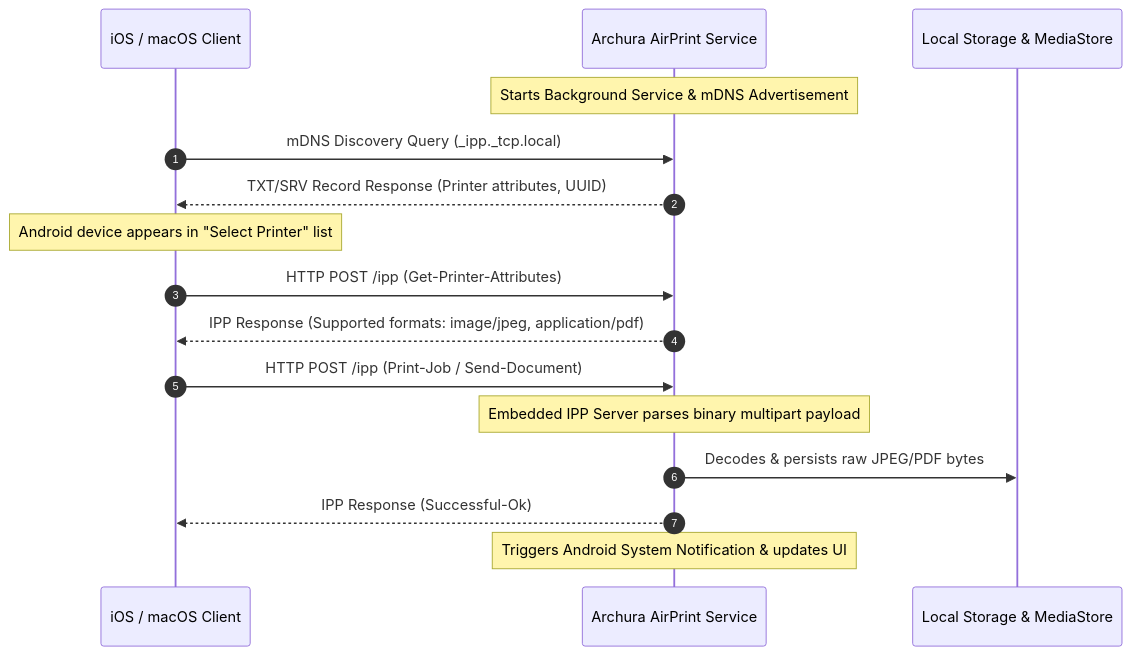
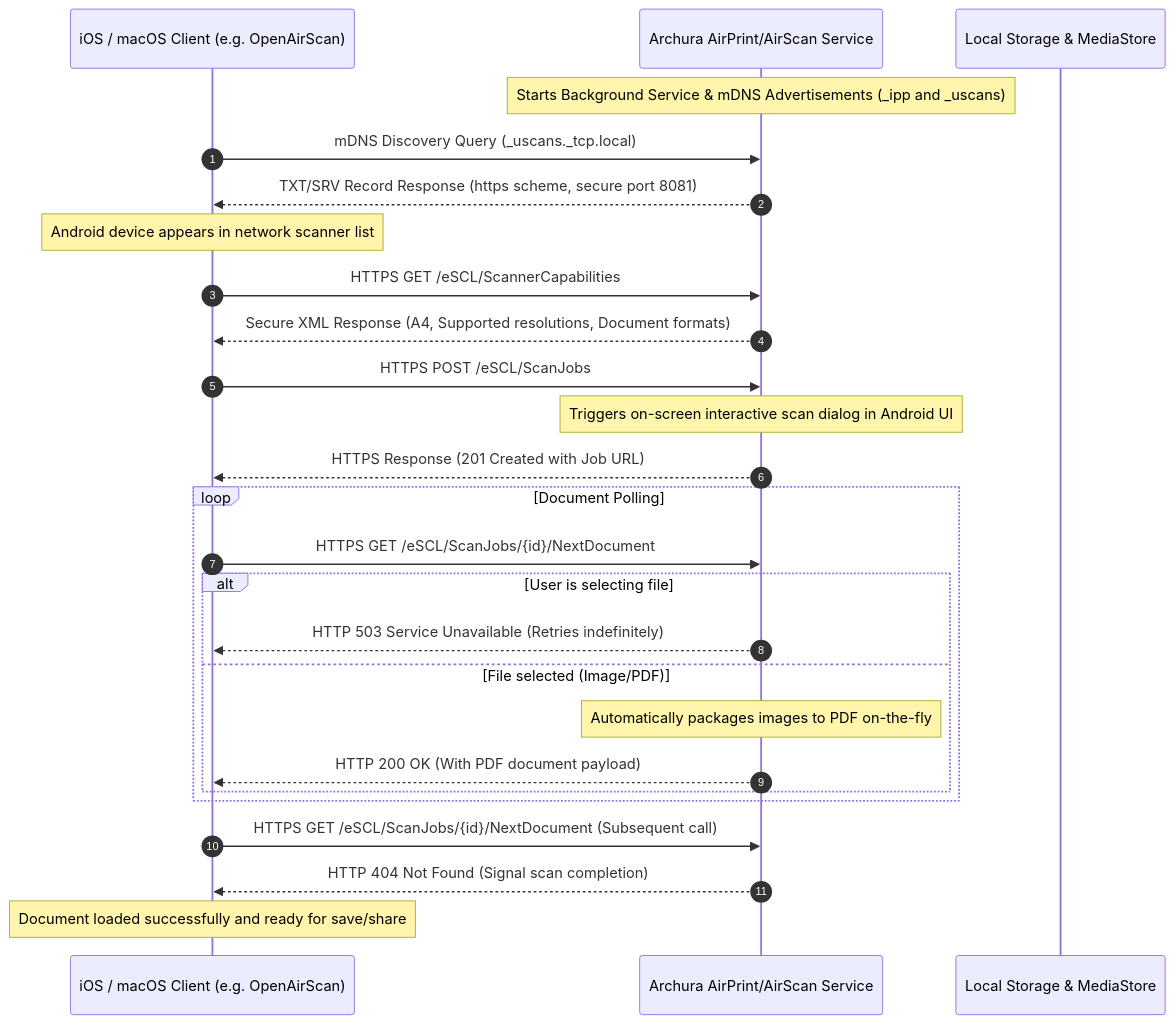
The diagram in README.md (AybarsBarut/Archura-Airprint-Reciever-For-Android), drawn with Mermaid before and after one commit. The commit also changed other lines of this file, not shown here.

Commit message:
docs: update readme with secure airscan scanner workflow and openairscan support

````diff
--- a/README.md
+++ b/README.md
@@ -43,19 +44,29 @@
 ```mermaid
 sequenceDiagram
     autonumber
-    participant Apple as iOS / macOS Client
-    participant Android as Archura AirPrint Service
+    participant Apple as iOS / macOS Client (e.g. OpenAirScan)
+    participant Android as Archura AirPrint/AirScan Service
     participant Storage as Local Storage & MediaStore
 
-    Note over Android: Starts Background Service & mDNS Advertisement
-    Apple->>Android: mDNS Discovery Query (_ipp._tcp.local)
-    Android-->>Apple: TXT/SRV Record Response (Printer attributes, UUID)
-    Note over Apple: Android device appears in "Select Printer" list
-    Apple->>Android: HTTP POST /ipp (Get-Printer-Attributes)
-    Android-->>Apple: IPP Response (Supported formats: image/jpeg, application/pdf)
-    Apple->>Android: HTTP POST /ipp (Print-Job / Send-Document)
-    Note over Android: Embedded IPP Server parses binary multipart payload
-    Android->>Storage: Decodes & persists raw JPEG/PDF bytes
-    Android-->>Apple: IPP Response (Successful-Ok)
-    Note over Android: Triggers Android System Notification & updates UI
+    Note over Android: Starts Background Service & mDNS Advertisements (_ipp and _uscans)
+    Apple->>Android: mDNS Discovery Query (_uscans._tcp.local)
+    Android-->>Apple: TXT/SRV Record Response (https scheme, secure port 8081)
+    Note over Apple: Android device appears in network scanner list
+    Apple->>Android: HTTPS GET /eSCL/ScannerCapabilities
+    Android-->>Apple: Secure XML Response (A4, Supported resolutions, Document formats)
+    Apple->>Android: HTTPS POST /eSCL/ScanJobs
+    Note over Android: Triggers on-screen interactive scan dialog in Android UI
+    Android-->>Apple: HTTPS Response (201 Created with Job URL)
+    loop Document Polling
+        Apple->>Android: HTTPS GET /eSCL/ScanJobs/{id}/NextDocument
+        alt User is selecting file
+            Android-->>Apple: HTTP 503 Service Unavailable (Retries indefinitely)
+        else File selected (Image/PDF)
+            Note over Android: Automatically packages images to PDF on-the-fly
+            Android-->>Apple: HTTP 200 OK (With PDF document payload)
+        end
+    end
+    Apple->>Android: HTTPS GET /eSCL/ScanJobs/{id}/NextDocument (Subsequent call)
+    Android-->>Apple: HTTP 404 Not Found (Signal scan completion)
+    Note over Apple: Document loaded successfully and ready for save/share
 ```
````
